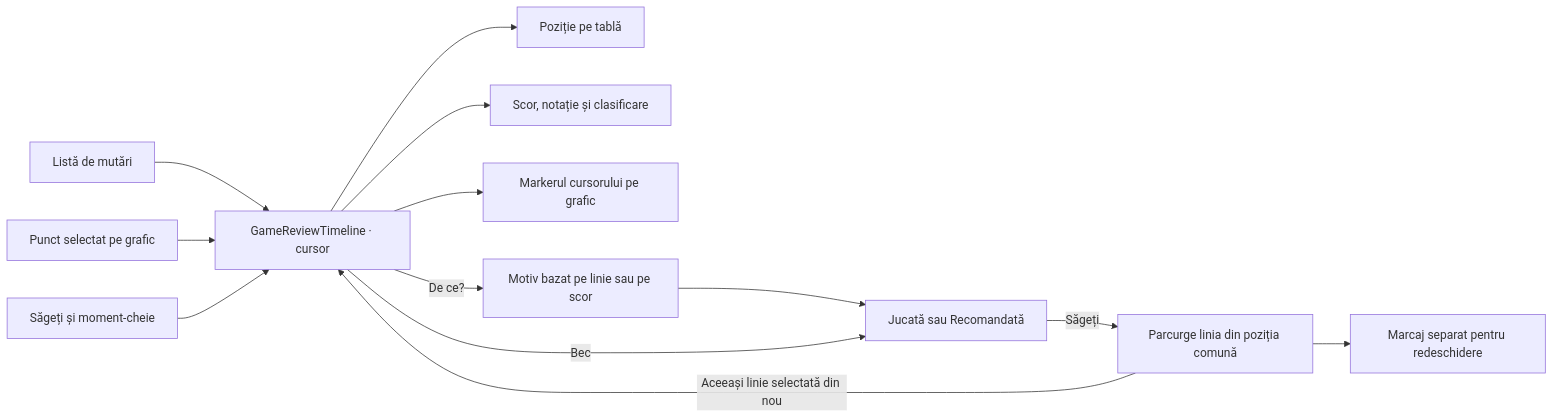
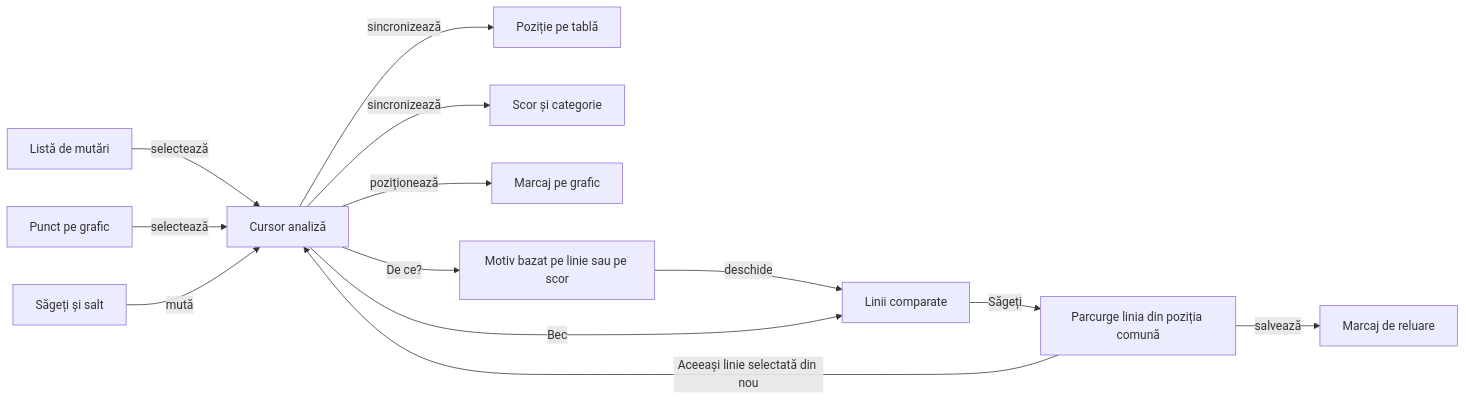
The fourth of 4 diagrams in docs/board/game-review.md (crististefanita/atf_j7), drawn with Mermaid before and after one commit. The commit also changed other lines of this file and 39 other files, not shown here.

````diff
--- a/docs/board/game-review.md
+++ b/docs/board/game-review.md
@@ -117,15 +143,15 @@
 ```mermaid
 flowchart LR
-    L["Listă de mutări"] --> C["GameReviewTimeline · cursor"]
-    G["Punct selectat pe grafic"] --> C
-    N["Săgeți și moment-cheie"] --> C
-    C --> B["Poziție pe tablă"]
-    C --> S["Scor, notație și clasificare"]
-    C --> M["Markerul cursorului pe grafic"]
+    L["Listă de mutări"] -->|selectează| C["Cursor analiză"]
+    G["Punct pe grafic"] -->|selectează| C
+    N["Săgeți și salt"] -->|mută| C
+    C -->|sincronizează| B["Poziție pe tablă"]
+    C -->|sincronizează| S["Scor și categorie"]
+    C -->|poziționează| M["Marcaj pe grafic"]
     C -->|"De ce?"| E["Motiv bazat pe linie sau pe scor"]
-    E --> R["Jucată sau Recomandată"]
+    E -->|deschide| R["Linii comparate"]
     C -->|"Bec"| R
     R -->|"Săgeți"| P["Parcurge linia din poziția comună"]
     P -->|"Aceeași linie selectată din nou"| C
-    P --> A["Marcaj separat pentru redeschidere"]
+    P -->|salvează| A["Marcaj de reluare"]
 ```
````
